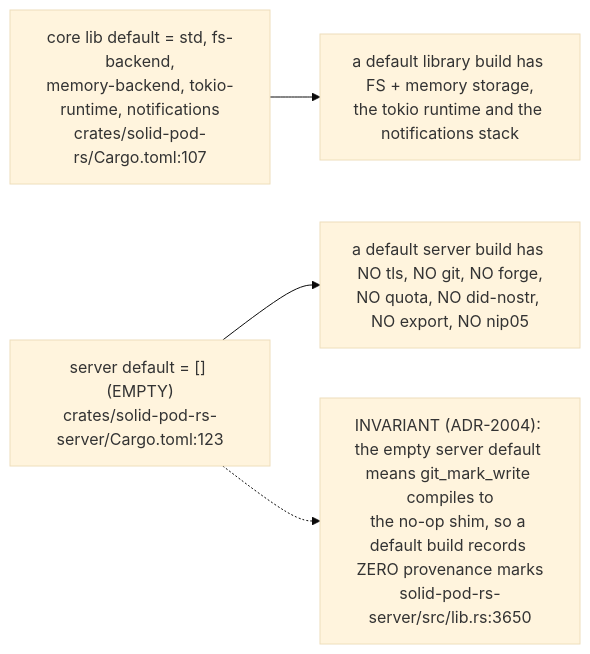
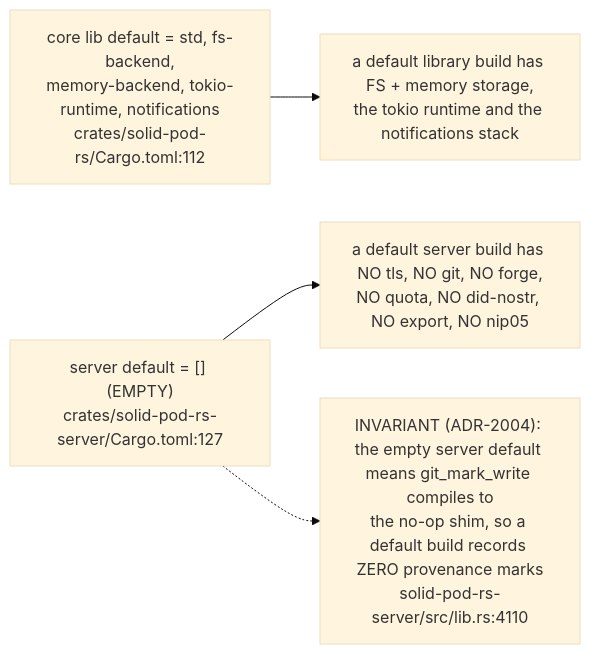
One commit to DreamLab-AI/VisionFlow changed the sixth of 12 diagrams in docs/diagrams/solid-pod-rs/01-workspace-composition.md. Above: the diagram before and after it, drawn with Mermaid (base theme). The commit also changed other lines of this file and 160 other files, not shown here.

````diff
--- a/docs/diagrams/solid-pod-rs/01-workspace-composition.md
+++ b/docs/diagrams/solid-pod-rs/01-workspace-composition.md
@@ -191,11 +192,11 @@
 ```mermaid
 flowchart LR
-    LIBD["core lib default = std, fs-backend,<br/>memory-backend, tokio-runtime, notifications<br/>crates/solid-pod-rs/Cargo.toml:107"]
-    SRVD["server default = [] (EMPTY)<br/>crates/solid-pod-rs-server/Cargo.toml:123"]
+    LIBD["core lib default = std, fs-backend,<br/>memory-backend, tokio-runtime, notifications<br/>crates/solid-pod-rs/Cargo.toml:112"]
+    SRVD["server default = [] (EMPTY)<br/>crates/solid-pod-rs-server/Cargo.toml:127"]
 
     LIBD --> R1["a default library build has FS + memory storage,<br/>the tokio runtime and the notifications stack"]
     SRVD --> R2["a default server build has NO tls, NO git, NO forge,<br/>NO quota, NO did-nostr, NO export, NO nip05"]
 
-    D1["INVARIANT (ADR-2004): the empty server default means git_mark_write compiles to<br/>the no-op shim, so a default build records ZERO provenance marks<br/>solid-pod-rs-server/src/lib.rs:3650"]
+    D1["INVARIANT (ADR-2004): the empty server default means git_mark_write compiles to<br/>the no-op shim, so a default build records ZERO provenance marks<br/>solid-pod-rs-server/src/lib.rs:4110"]
     SRVD -.-> D1
 ```
````
